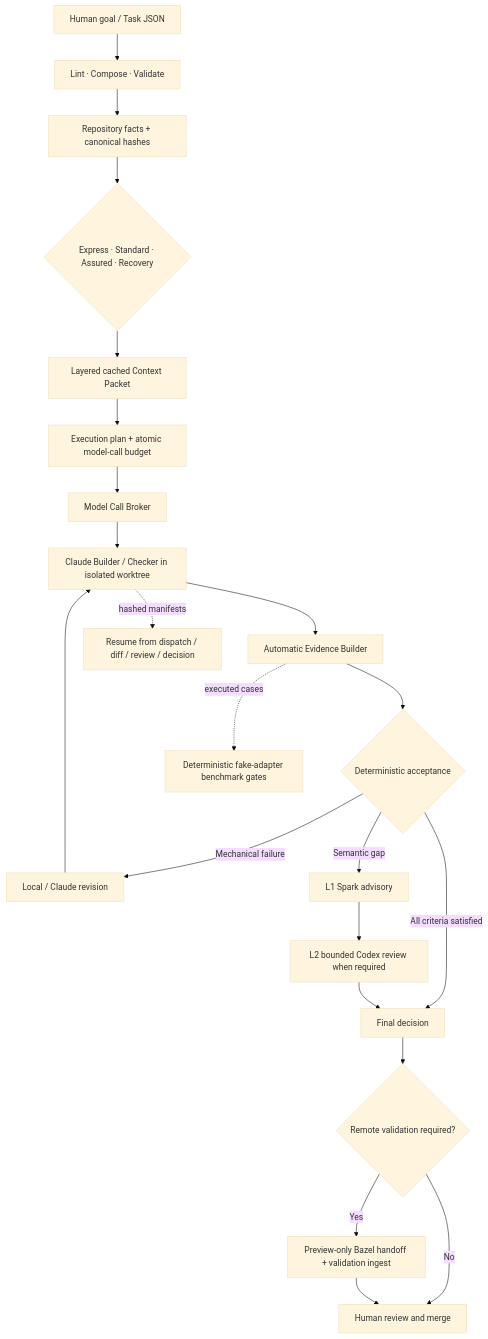
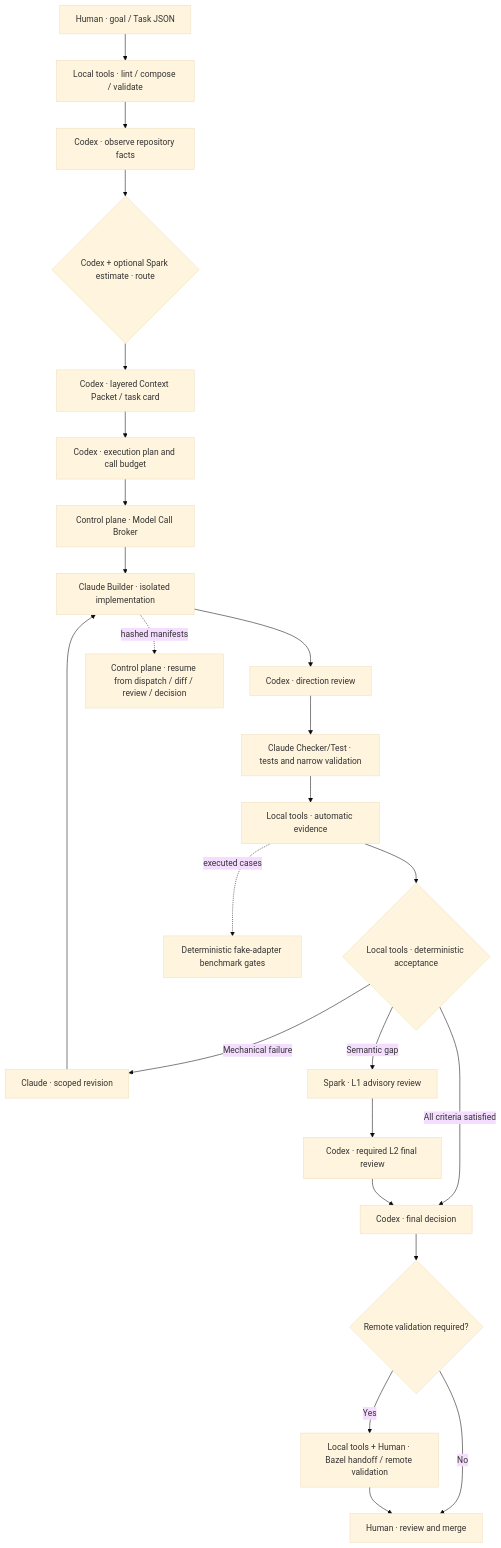
The diagram in README.md (luozj1020/ai-coding-workflow), drawn with Mermaid (base theme) before and after one commit. The commit also changed other lines of this file and 19 other files, not shown here.

````diff
--- a/README.md
+++ b/README.md
@@ -53,24 +53,26 @@
 ```mermaid
 flowchart TD
-    U[Human goal / Task JSON] --> L[Lint · Compose · Validate]
-    L --> F[Repository facts + canonical hashes]
-    F --> R{Express · Standard · Assured · Recovery}
-    R --> C[Layered cached Context Packet]
-    C --> P[Execution plan + atomic model-call budget]
-    P --> B[Model Call Broker]
-    B --> D[Claude Builder / Checker in isolated worktree]
-    D --> E[Automatic Evidence Builder]
-    E --> A{Deterministic acceptance}
-    A -- Mechanical failure --> LR[Local / Claude revision]
-    A -- Semantic gap --> S[L1 Spark advisory]
-    S --> X[L2 bounded Codex review when required]
-    A -- All criteria satisfied --> FD[Final decision]
+    U[Human · goal / Task JSON] --> L[Local tools · lint / compose / validate]
+    L --> F[Codex · observe repository facts]
+    F --> R{Codex + optional Spark estimate · route}
+    R --> C[Codex · layered Context Packet / task card]
+    C --> P[Codex · execution plan and call budget]
+    P --> B[Control plane · Model Call Broker]
+    B --> D[Claude Builder · isolated implementation]
+    D --> CR[Codex · direction review]
+    CR --> CT[Claude Checker/Test · tests and narrow validation]
+    CT --> E[Local tools · automatic evidence]
+    E --> A{Local tools · deterministic acceptance}
+    A -- Mechanical failure --> LR[Claude · scoped revision]
+    A -- Semantic gap --> S[Spark · L1 advisory review]
+    S --> X[Codex · required L2 final review]
+    A -- All criteria satisfied --> FD[Codex · final decision]
     X --> FD
     LR --> D
     FD --> H{Remote validation required?}
-    H -- Yes --> RH[Preview-only Bazel handoff + validation ingest]
-    H -- No --> M[Human review and merge]
+    H -- Yes --> RH[Local tools + Human · Bazel handoff / remote validation]
+    H -- No --> M[Human · review and merge]
     RH --> M
-    D -. hashed manifests .-> RS[Resume from dispatch / diff / review / decision]
+    D -. hashed manifests .-> RS[Control plane · resume from dispatch / diff / review / decision]
     E -. executed cases .-> BM[Deterministic fake-adapter benchmark gates]
 ```
````
